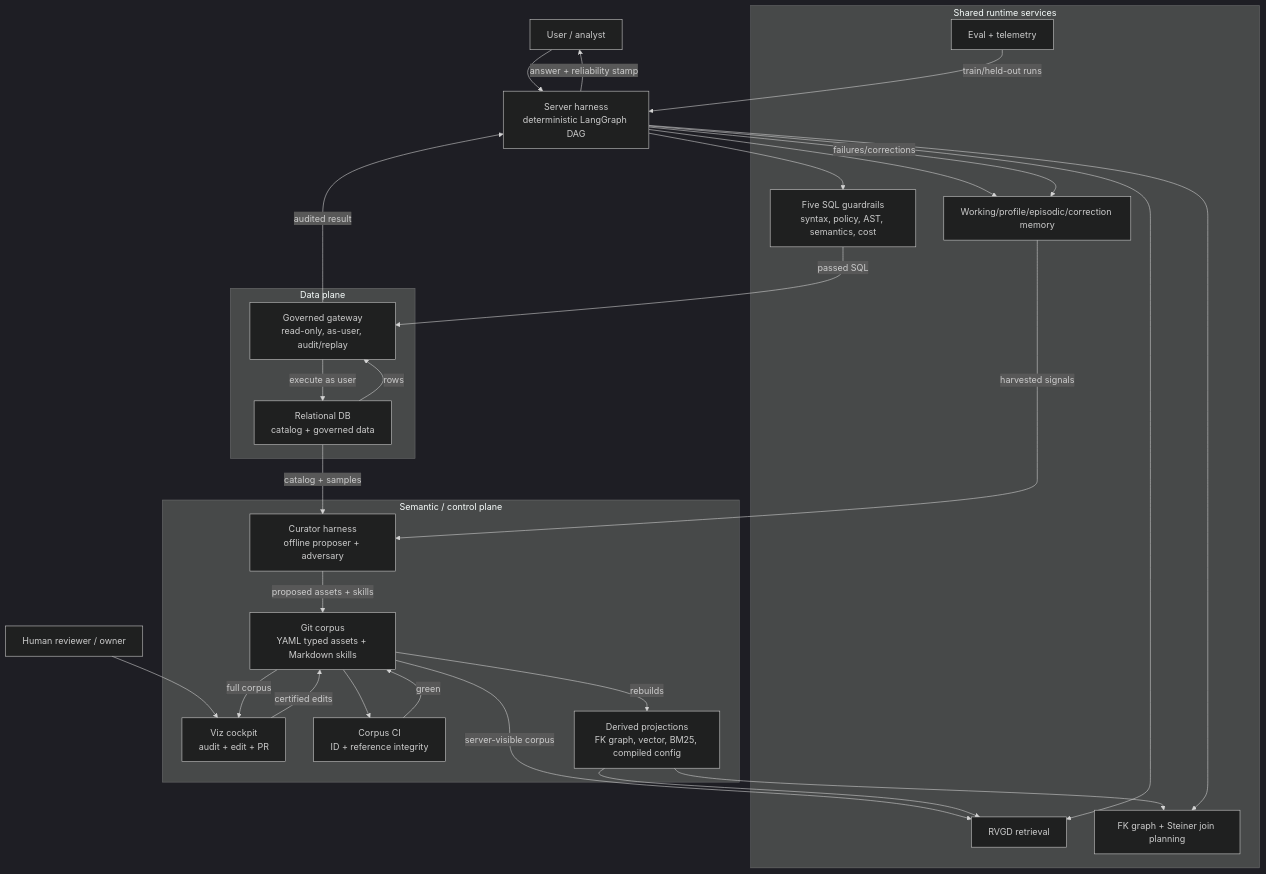
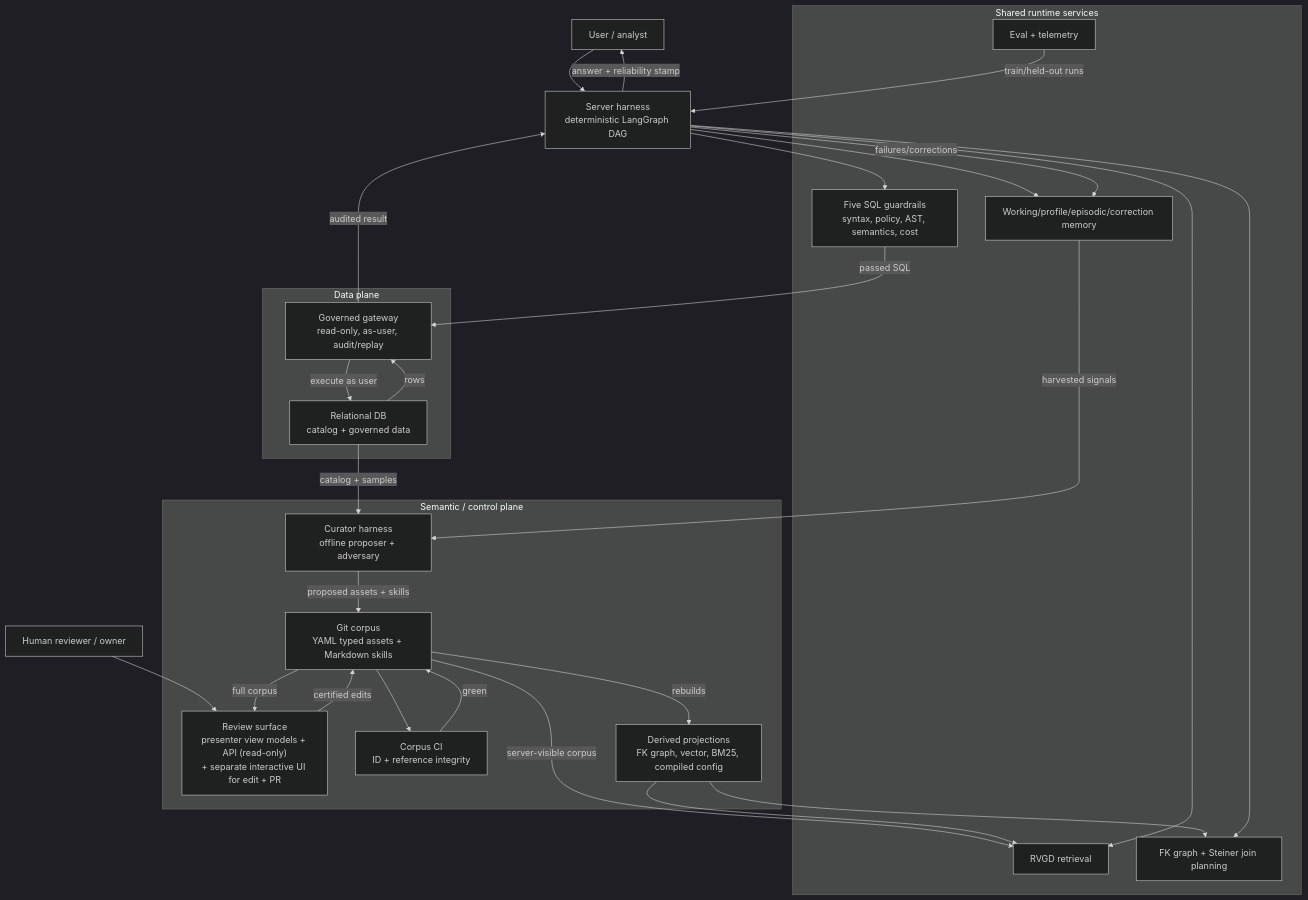
The second of 4 diagrams in docs/diagrams/overview.md (Minhao-Zhang/governed-bi), drawn with Mermaid (dark theme) before and after one commit. The commit also changed other lines of this file and 35 other files, not shown here.

````diff
--- a/docs/diagrams/overview.md
+++ b/docs/diagrams/overview.md
@@ -47,50 +47,50 @@
 ```mermaid
 flowchart TB
     Analyst["User / analyst"] --> Server["Server harness<br/>deterministic LangGraph DAG"]
-    Reviewer["Human reviewer / owner"] --> Viz["Viz cockpit<br/>audit + edit + PR"]
+    Reviewer["Human reviewer / owner"] --> Viz["Review surface<br/>presenter view models + API (read-only)<br/>+ separate interactive UI for edit + PR"]
 
     subgraph ControlPlane["Semantic / control plane"]
         Curator["Curator harness<br/>offline proposer + adversary"]
         GitCorpus["Git corpus<br/>YAML typed assets + Markdown skills"]
         CorpusCI["Corpus CI<br/>ID + reference integrity"]
         Projections["Derived projections<br/>FK graph, vector, BM25, compiled config"]
         Viz
     end
 
     subgraph DataPlane["Data plane"]
         Gateway["Governed gateway<br/>read-only, as-user, audit/replay"]
         Database["Relational DB<br/>catalog + governed data"]
     end
 
     subgraph SharedServices["Shared runtime services"]
         Retrieval["RVGD retrieval"]
         GraphPlan["FK graph + Steiner join planning"]
         Memory["Working/profile/episodic/correction memory"]
         EvalTelemetry["Eval + telemetry"]
         Guardrails["Five SQL guardrails<br/>syntax, policy, AST, semantics, cost"]
     end
 
     Database -- catalog + samples --> Curator
     Curator -- proposed assets + skills --> GitCorpus
     GitCorpus --> CorpusCI
     CorpusCI -- green --> GitCorpus
     GitCorpus -- rebuilds --> Projections
     GitCorpus -- full corpus --> Viz
     Viz -- certified edits --> GitCorpus
 
     GitCorpus -- server-visible corpus --> Retrieval
     Projections --> Retrieval
     Projections --> GraphPlan
     Server --> Retrieval
     Server --> GraphPlan
     Server --> Memory
     Server --> Guardrails
     Guardrails -- passed SQL --> Gateway
     Gateway -- execute as user --> Database
     Database -- rows --> Gateway
     Gateway -- audited result --> Server
     Server -- answer + reliability stamp --> Analyst
     Server -- failures/corrections --> Memory
     Memory -- harvested signals --> Curator
     EvalTelemetry -- train/held-out runs --> Server
 ```
````
